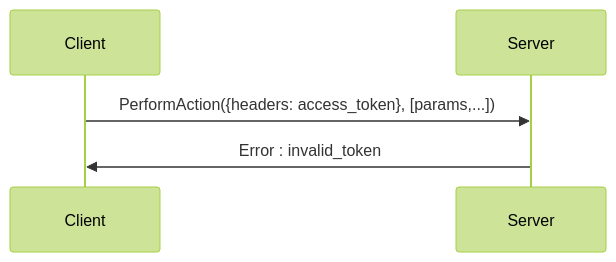
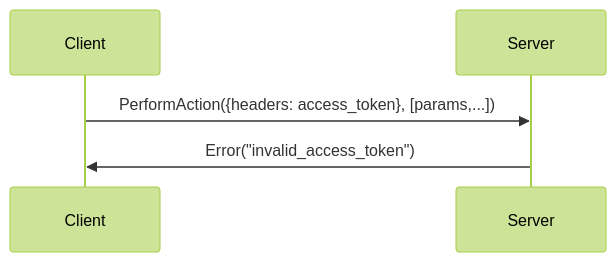
One commit to adimian/kova changed the tenth of 11 diagrams in kova/authentication/docs.md. Above: the diagram before and after it, drawn with Mermaid (forest theme). The commit also changed other lines of this file and 33 other files, not shown here.

````diff
--- a/kova/authentication/docs.md
+++ b/kova/authentication/docs.md
@@ -95,5 +106,5 @@
 ```mermaid
 sequenceDiagram
     Client ->> Server: PerformAction({headers: access_token}, [params,...])
-    Server ->> Client: Error : invalid_token
+    Server ->> Client: Error("invalid_access_token")
 ```
````
